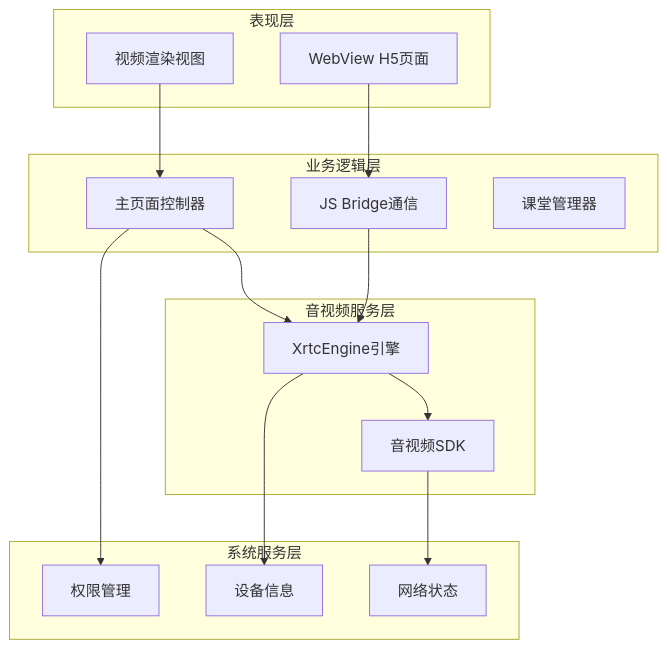
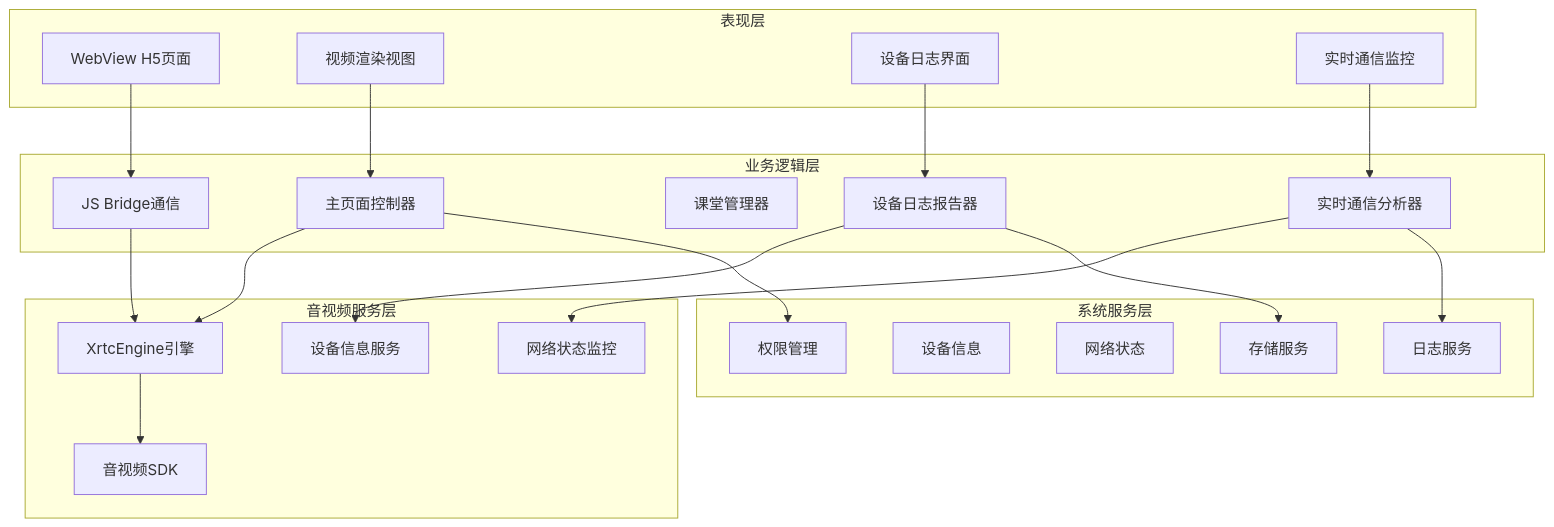
One commit to huz1xuan/harmony_XDY changed the second of 8 diagrams in .qoder/repowiki/zh/content/主要功能模块/主要功能模块.md. Above: the diagram before and after it, drawn with Mermaid. The commit also changed other lines of this file and 15 other files, not shown here.

````diff
--- a/.qoder/repowiki/zh/content/主要功能模块/主要功能模块.md
+++ b/.qoder/repowiki/zh/content/主要功能模块/主要功能模块.md
@@ -163,29 +232,41 @@
 ```mermaid
 graph TB
 subgraph "表现层"
 A[WebView H5页面]
 B[视频渲染视图]
+C[设备日志界面]
+D[实时通信监控]
 end
 subgraph "业务逻辑层"
-C[主页面控制器]
-D[JS Bridge通信]
-E[课堂管理器]
+E[主页面控制器]
+F[JS Bridge通信]
+G[课堂管理器]
+H[设备日志报告器]
+I[实时通信分析器]
 end
 subgraph "音视频服务层"
-F[XrtcEngine引擎]
-G[音视频SDK]
+J[XrtcEngine引擎]
+K[音视频SDK]
+L[设备信息服务]
+M[网络状态监控]
 end
 subgraph "系统服务层"
-H[权限管理]
-I[设备信息]
-J[网络状态]
+N[权限管理]
+O[设备信息]
+P[网络状态]
+Q[存储服务]
+R[日志服务]
 end
-A --> D
-B --> C
-C --> F
-D --> F
-F --> G
+A --> F
+B --> E
 C --> H
-F --> I
-G --> J
+D --> I
+E --> J
+F --> J
+H --> L
+I --> M
+J --> K
+E --> N
+H --> Q
+I --> R
 ```
````
